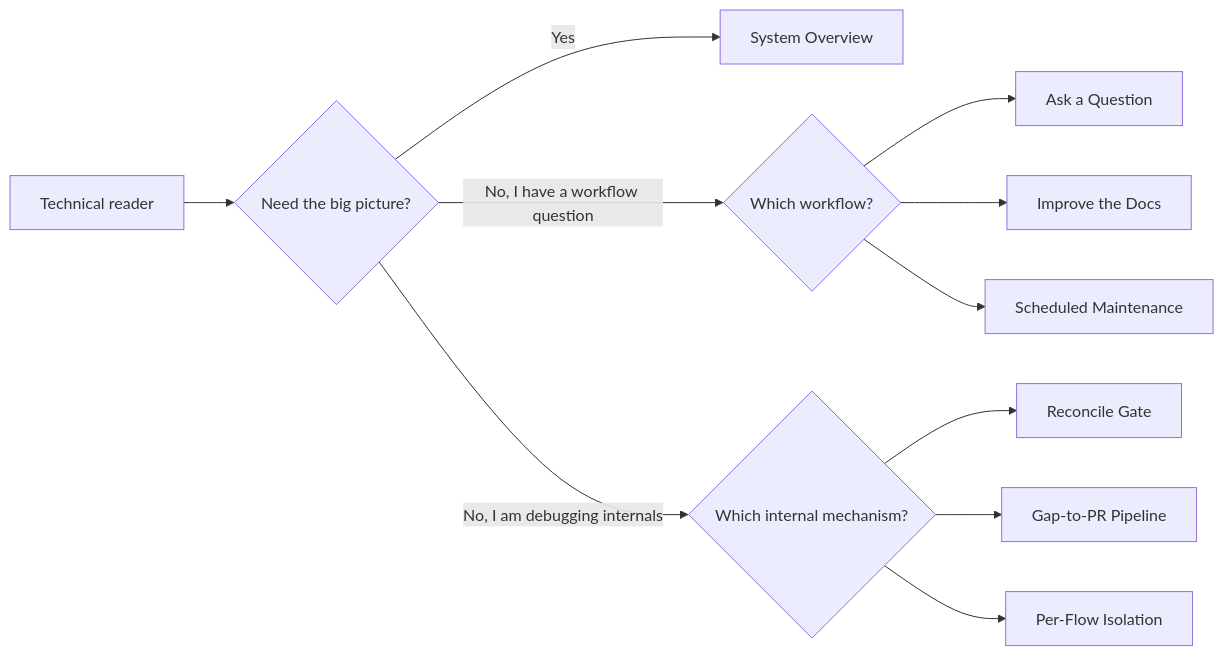
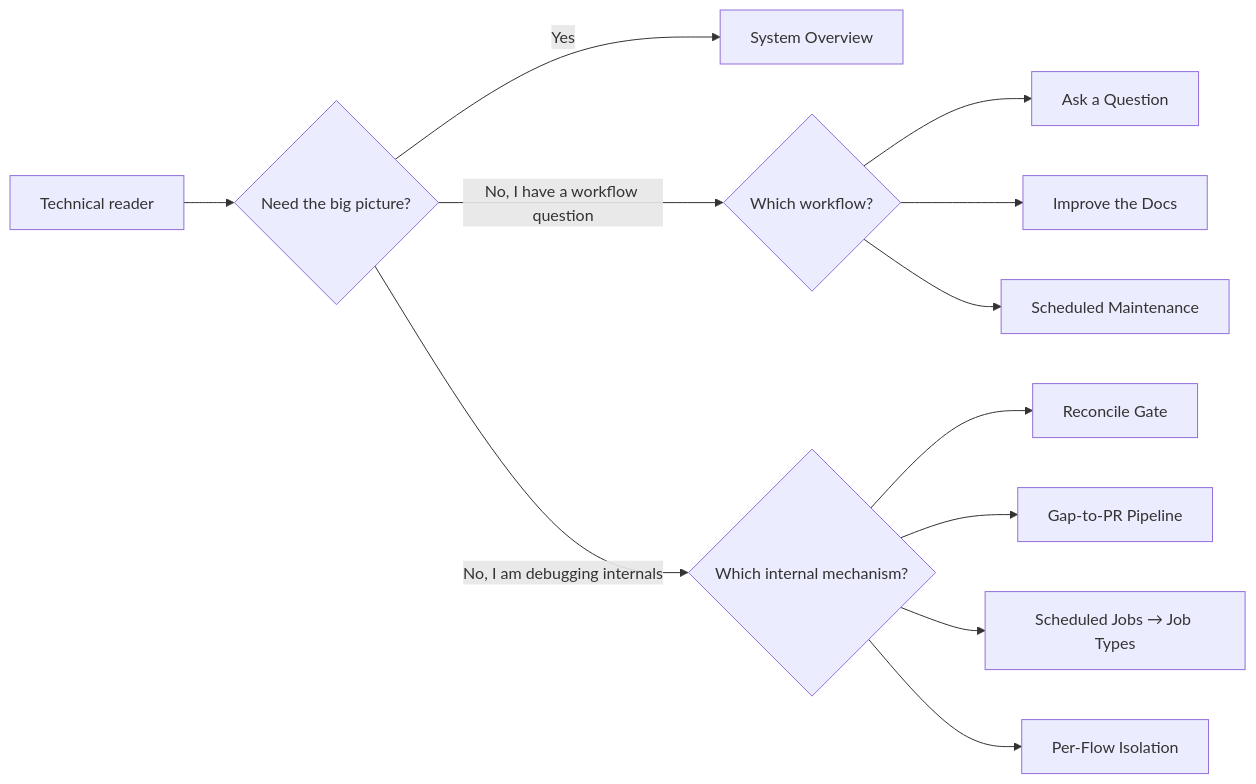
Before and after one commit to AdamAwan/markdown-magpie: the second of 2 diagrams in docs/superpowers/specs/2026-06-29-dataflow-organization-design.md, drawn with Mermaid. The commit also changed other lines of this file and 4 other files, not shown here.

First line of the commit message:
docs: add Scheduled Jobs → Job Types dataflow diagram + reference table

````diff
--- a/docs/superpowers/specs/2026-06-29-dataflow-organization-design.md
+++ b/docs/superpowers/specs/2026-06-29-dataflow-organization-design.md
@@ -93,15 +103,16 @@
 ```mermaid
 flowchart LR
   reader["Technical reader"] --> overview{"Need the big picture?"}
   overview -->|Yes| system["System Overview"]
   overview -->|No, I have a workflow question| workflow{"Which workflow?"}
   overview -->|No, I am debugging internals| deep{"Which internal mechanism?"}
 
   workflow --> ask["Ask a Question"]
   workflow --> improve["Improve the Docs"]
   workflow --> maintenance["Scheduled Maintenance"]
 
   deep --> gate["Reconcile Gate"]
   deep --> gappr["Gap-to-PR Pipeline"]
+  deep --> schedules["Scheduled Jobs → Job Types"]
   deep --> perflow["Per-Flow Isolation"]
 ```
````
